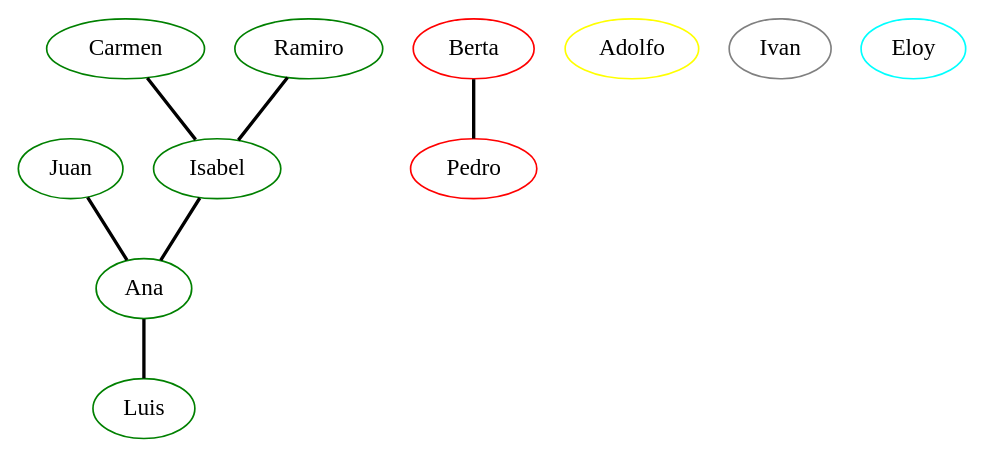
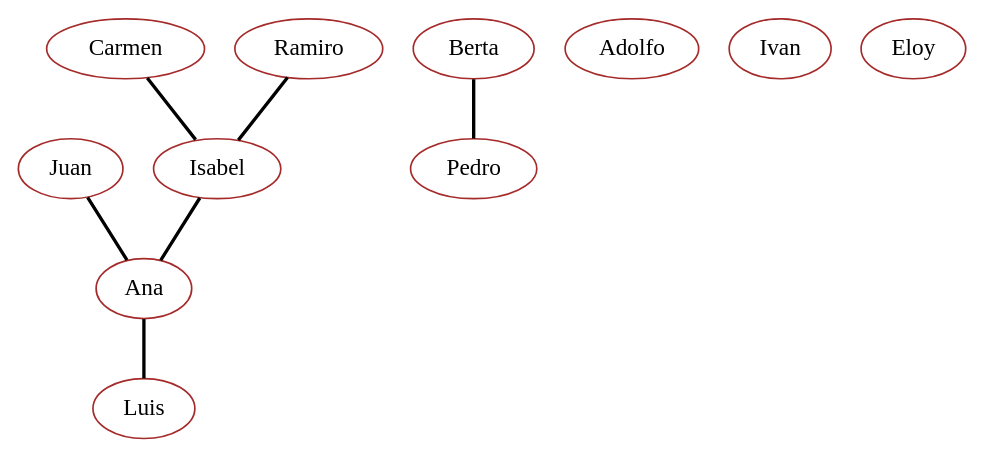
Before and after one commit to Fertry/JAVA_ADDA_2020: the diagram in PI5FernandezTrigoAlejandro/salida/salidaEjercicio1C.gv, drawn with Graphviz. The commit also changed 2 other files, not shown here.

```diff
--- a/PI5FernandezTrigoAlejandro/salida/salidaEjercicio1C.gv
+++ b/PI5FernandezTrigoAlejandro/salida/salidaEjercicio1C.gv
@@ -1,19 +1,19 @@
 strict graph G {
-  1 [ color="green" label="Ana" ];
-  2 [ color="red" label="Berta" ];
-  3 [ color="yellow" label="Adolfo" ];
-  4 [ color="gray" label="Ivan" ];
-  5 [ color="green" label="Carmen" ];
-  6 [ color="green" label="Luis" ];
-  7 [ color="green" label="Juan" ];
-  8 [ color="red" label="Pedro" ];
-  9 [ color="green" label="Ramiro" ];
-  10 [ color="cyan" label="Eloy" ];
-  11 [ color="green" label="Isabel" ];
+  1 [ color="brown" label="Ana" ];
+  2 [ color="brown" label="Berta" ];
+  3 [ color="brown" label="Adolfo" ];
+  4 [ color="brown" label="Ivan" ];
+  5 [ color="brown" label="Carmen" ];
+  6 [ color="brown" label="Luis" ];
+  7 [ color="brown" label="Juan" ];
+  8 [ color="brown" label="Pedro" ];
+  9 [ color="brown" label="Ramiro" ];
+  10 [ color="brown" label="Eloy" ];
+  11 [ color="brown" label="Isabel" ];
   1 -- 6 [ style="bold" label="" ];
   2 -- 8 [ style="bold" label="" ];
   9 -- 11 [ style="bold" label="" ];
   5 -- 11 [ style="bold" label="" ];
   7 -- 1 [ style="bold" label="" ];
   11 -- 1 [ style="bold" label="" ];
 }
```
